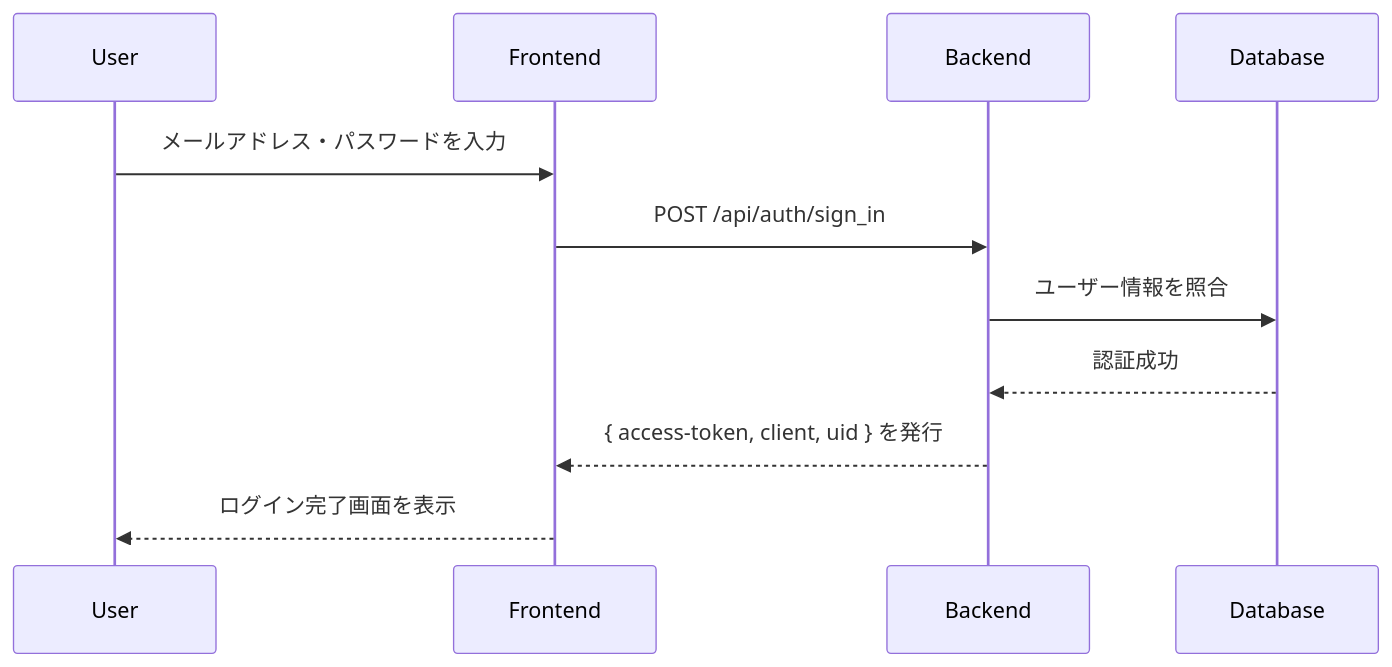
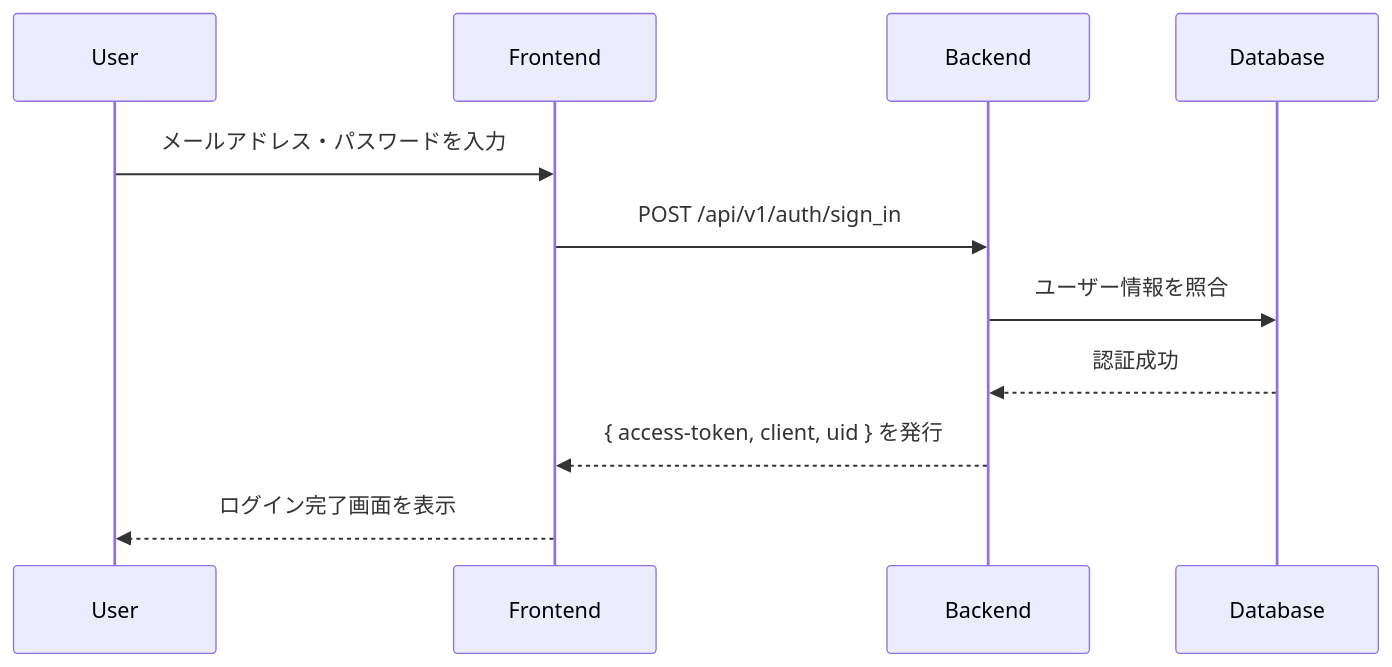
One commit to muranakaaa/secoma-record changed the second of 8 diagrams in README.md. Above: the diagram before and after it, drawn with Mermaid. The commit also changed other lines of this file, not shown here.

````diff
--- a/README.md
+++ b/README.md
@@ -136,14 +136,14 @@
 ```mermaid
 sequenceDiagram
     participant User
     participant Frontend
     participant Backend
     participant Database
 
     User->>Frontend: メールアドレス・パスワードを入力
-    Frontend->>Backend: POST /api/auth/sign_in
+    Frontend->>Backend: POST /api/v1/auth/sign_in
     Backend->>Database: ユーザー情報を照合
     Database-->>Backend: 認証成功
     Backend-->>Frontend: { access-token, client, uid } を発行
     Frontend-->>User: ログイン完了画面を表示
 ```
````
